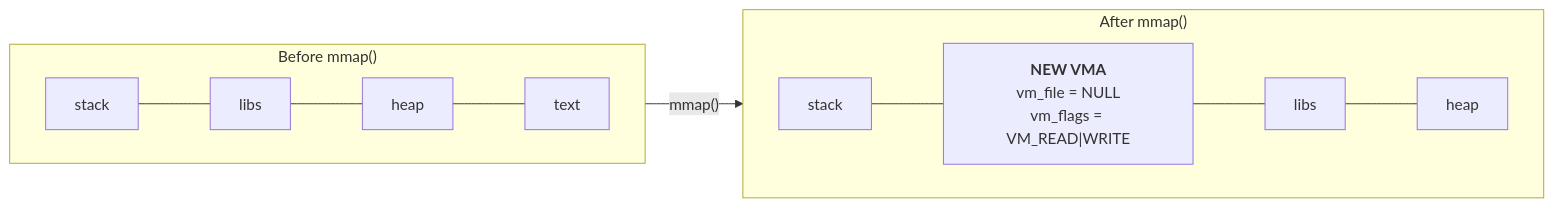
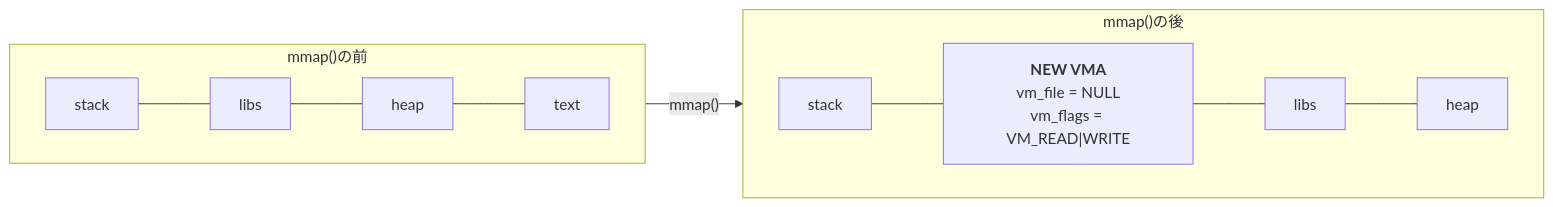
Before and after one commit to doguto/linux-kernel-internals-jp: the second of 4 diagrams in docs/mm/life-of-malloc.md, drawn with Mermaid. The commit also changed other lines of this file and 12 other files, not shown here.

````diff
--- a/docs/mm/life-of-malloc.md
+++ b/docs/mm/life-of-malloc.md
@@ -164,14 +164,14 @@
 ```mermaid
 flowchart LR
-    subgraph before["Before mmap()"]
+    subgraph before["mmap()の前"]
         direction LR
         A1[stack] --- A2[libs] --- A3[heap] --- A4[text]
     end
 
     before -->|"mmap()"| after
 
-    subgraph after["After mmap()"]
+    subgraph after["mmap()の後"]
         direction LR
         B1[stack] --- B2["<b>NEW VMA</b><br/>vm_file = NULL<br/>vm_flags = VM_READ|WRITE"] --- B3[libs] --- B4[heap]
     end
 ```
````
